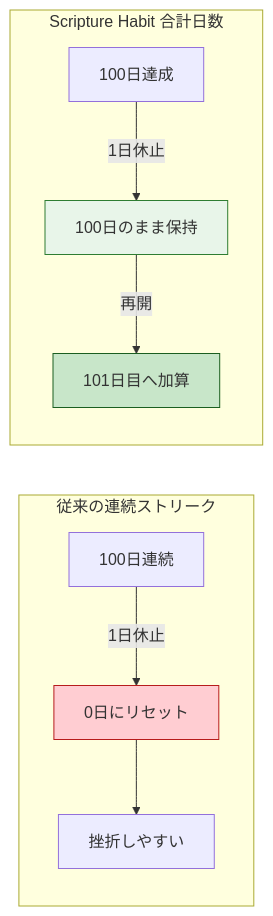
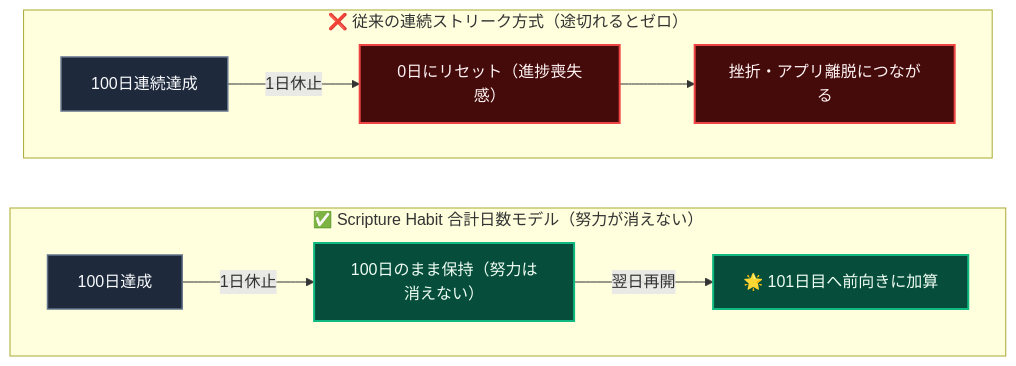
Before and after one commit to ScriptureHabit/scripture-habit: the second of 3 diagrams in docs/ja/logic-milestone-retention.md, drawn with Mermaid. The commit also changed 9 other files, not shown here.

Commit message:
docs: optimize all wide Mermaid diagrams into readable vertical stacked layouts

````diff
--- a/docs/ja/logic-milestone-retention.md
+++ b/docs/ja/logic-milestone-retention.md
@@ -38,14 +38,18 @@
 ```mermaid
-graph LR
-    subgraph SG_Trad["従来の連続ストリーク"]
-        S1["100日連続"] -->|"1日休止"| S2["0日にリセット"] --> S3["挫折しやすい"]
+flowchart TD
+    classDef bad fill:#450a0a,stroke:#ef4444,stroke-width:2px,color:#fef2f2;
+    classDef good fill:#064e3b,stroke:#10b981,stroke-width:2px,color:#f0fdf4;
+    classDef step fill:#1e293b,stroke:#64748b,stroke-width:1.5px,color:#f8fafc;
+
+    subgraph SG_Trad["❌ 従来の連続ストリーク方式（途切れるとゼロ）"]
+        S1["100日連続達成"]:::step -->|1日休止| S2["0日にリセット（進捗喪失感）"]:::bad
+        S2 --> S3["挫折・アプリ離脱につながる"]:::bad
     end
 
-    subgraph SG_Total["Scripture Habit 合計日数"]
-        H1["100日達成"] -->|"1日休止"| H2["100日のまま保持"] -->|"再開"| H3["101日目へ加算"]
+    subgraph SG_Total["✅ Scripture Habit 合計日数モデル（努力が消えない）"]
+        H1["100日達成"]:::step -->|1日休止| H2["100日のまま保持（努力は消えない）"]:::good
+        H2 -->|翌日再開| H3["🌟 101日目へ前向きに加算"]:::good
     end
 
-    style S2 fill:#ffcdd2,stroke:#b71c1c
-    style H2 fill:#e8f5e9,stroke:#2e7d32
-    style H3 fill:#c8e6c9,stroke:#1b5e20
+    SG_Trad ~~~ SG_Total
 ```
````
